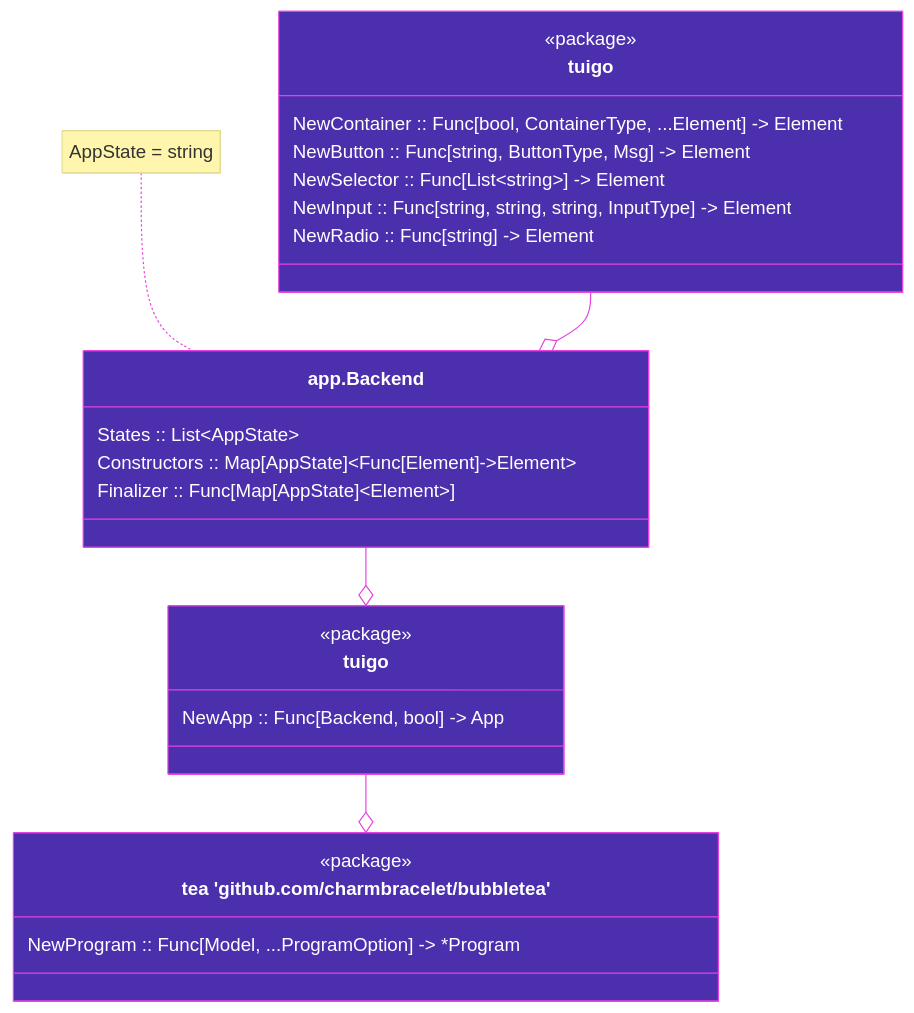
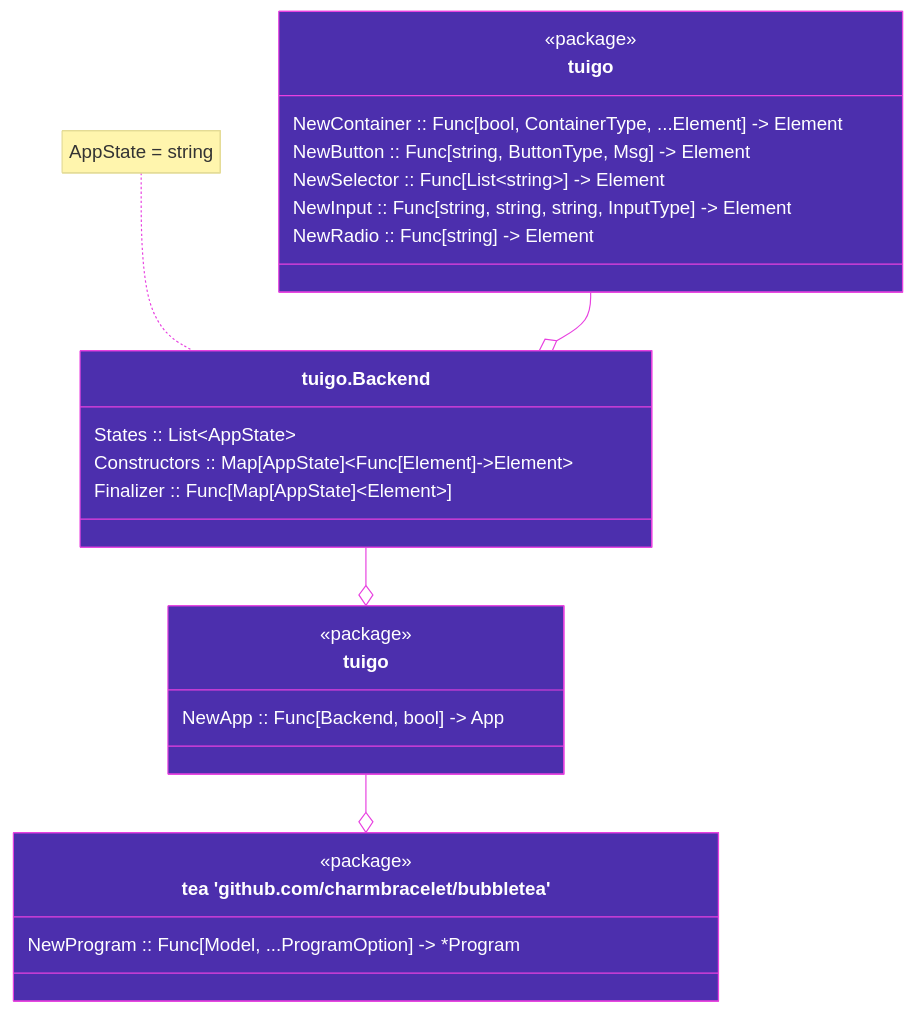
One commit to haykh/tuigo changed the diagram in README.md. Above: the diagram before and after it, drawn with Mermaid. The commit also changed other lines of this file and 3 other files, not shown here.

````diff
--- a/README.md
+++ b/README.md
@@ -13,45 +13,45 @@
 ```mermaid
 %%{
   init: {
     'theme': 'base',
     'themeVariables': {
         'fontFamily': 'JetBrainsMono Nerd Font, BlexMono Nerd Font, Roboto Mono, Source Code Pro, monospace',
         'primaryColor': '#4C2FAD',
         'primaryTextColor': '#FFFFFF',
         'lineColor': '#E840E0',
         'primaryBorderColor': '#E840E0'
       }
     }
 }%%
 
 classDiagram
   class tuigo {
     <<package>>
     NewContainer :: Func[bool, ContainerType, ...Element] -> Element
     NewButton :: Func[string, ButtonType, Msg] -> Element
     NewSelector :: Func[List~string~] -> Element
     NewInput :: Func[string, string, string, InputType] -> Element
     NewRadio :: Func[string] -> Element
   }
 
-  class Backend["app.Backend"]{
+  class Backend["tuigo.Backend"]{
     States :: List~AppState~
     Constructors :: Map[AppState]~Func[Element]->Element~
     Finalizer :: Func[Map[AppState]~Element~]
   }
 
   class NewApp["tuigo"] {
     <<package>>
     NewApp :: Func[Backend, bool] -> App
   }
   note for Backend "AppState = string"
 
   class tea["tea 'github.com/charmbracelet/bubbletea'"] {
     <<package>>
     NewProgram :: Func[Model, ...ProgramOption] -> *Program
   }
 
   tuigo --o Backend
   NewApp --o tea
   Backend --o NewApp
 ```
````
